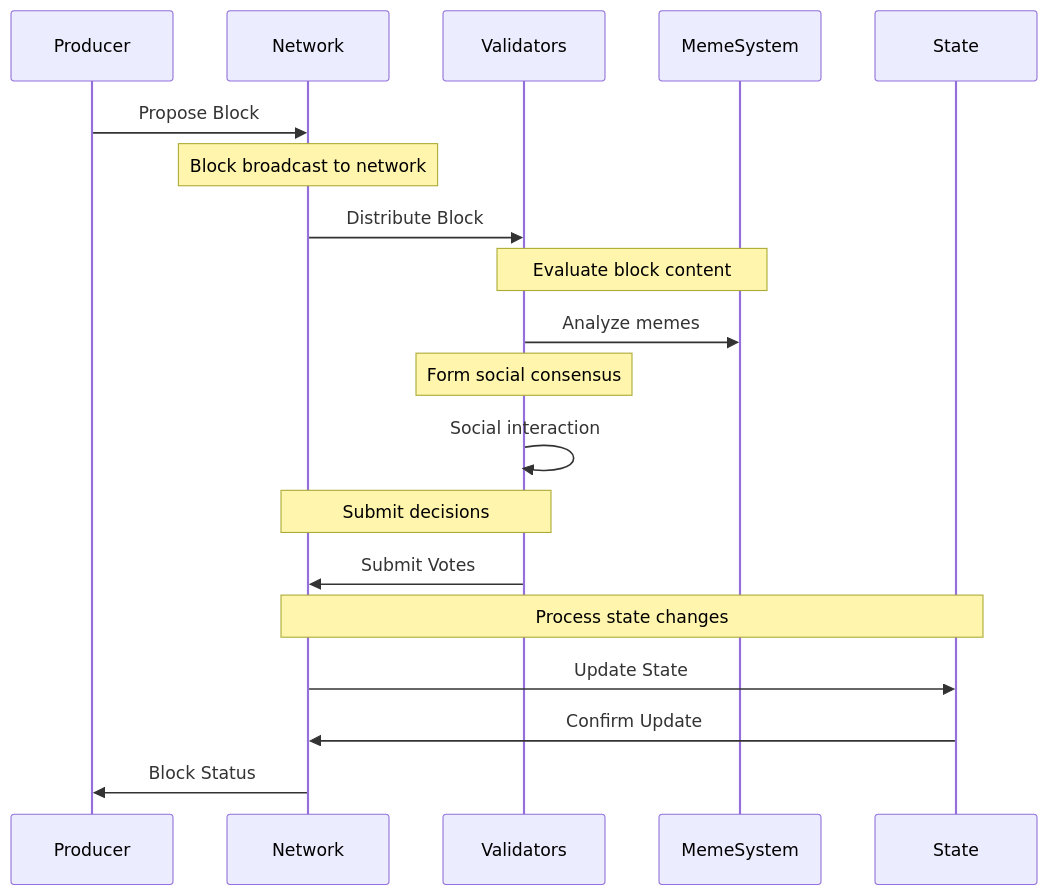
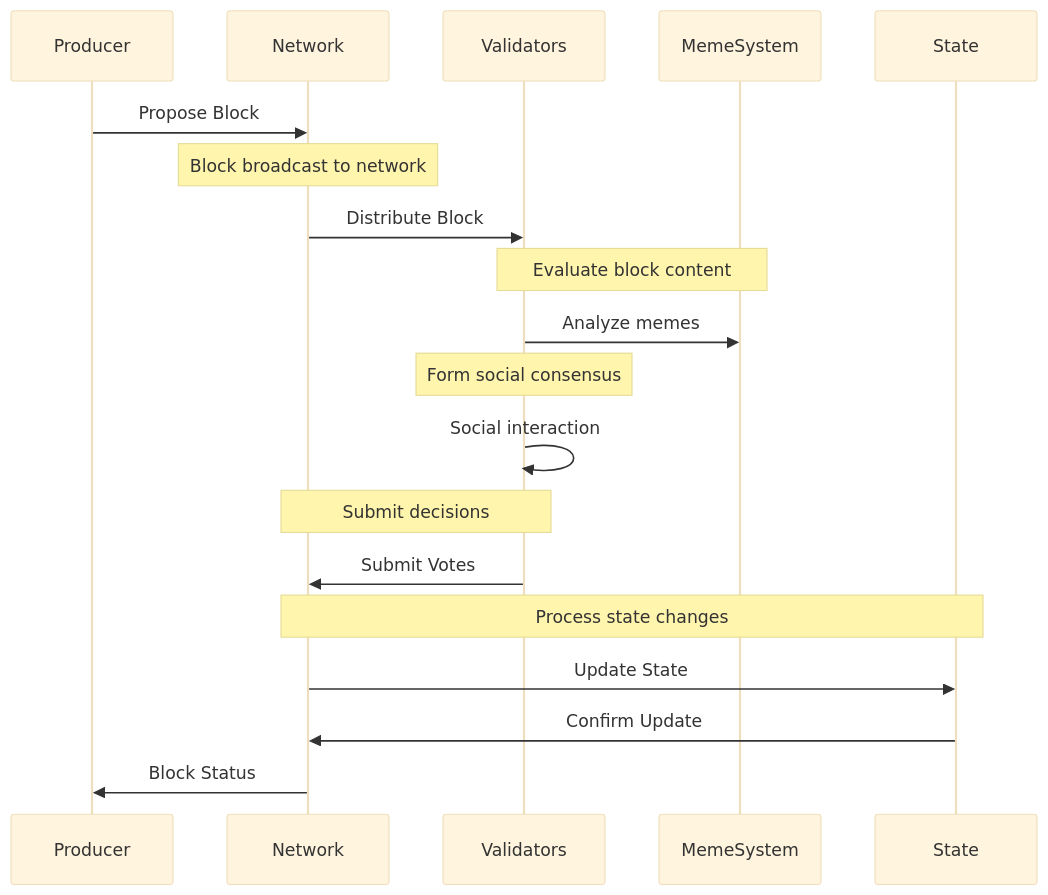
Before and after one commit to SumeetChougule/chaoschain: the third of 6 diagrams in docs/introduction/architecture.md, drawn with Mermaid. The commit also changed other lines of this file, not shown here.

Commit message:
Improve System Overview diagram contrast and readability

````diff
--- a/docs/introduction/architecture.md
+++ b/docs/introduction/architecture.md
@@ -107,22 +101,23 @@
 ```mermaid
+%%{init: {'theme': 'base', 'themeVariables': { 'fontSize': '16px', 'fontFamily': 'arial' }}}%%
 sequenceDiagram
     participant Producer
     participant Network
     participant Validators
     participant MemeSystem
     participant State
 
     Producer->>Network: Propose Block
     Note over Network: Block broadcast to network
     Network->>Validators: Distribute Block
     Note over Validators,MemeSystem: Evaluate block content
     Validators->>MemeSystem: Analyze memes
     Note over Validators: Form social consensus
     Validators->>Validators: Social interaction
     Note over Validators,Network: Submit decisions
     Validators->>Network: Submit Votes
     Note over Network,State: Process state changes
     Network->>State: Update State
     State->>Network: Confirm Update
     Network->>Producer: Block Status
 ```
````
